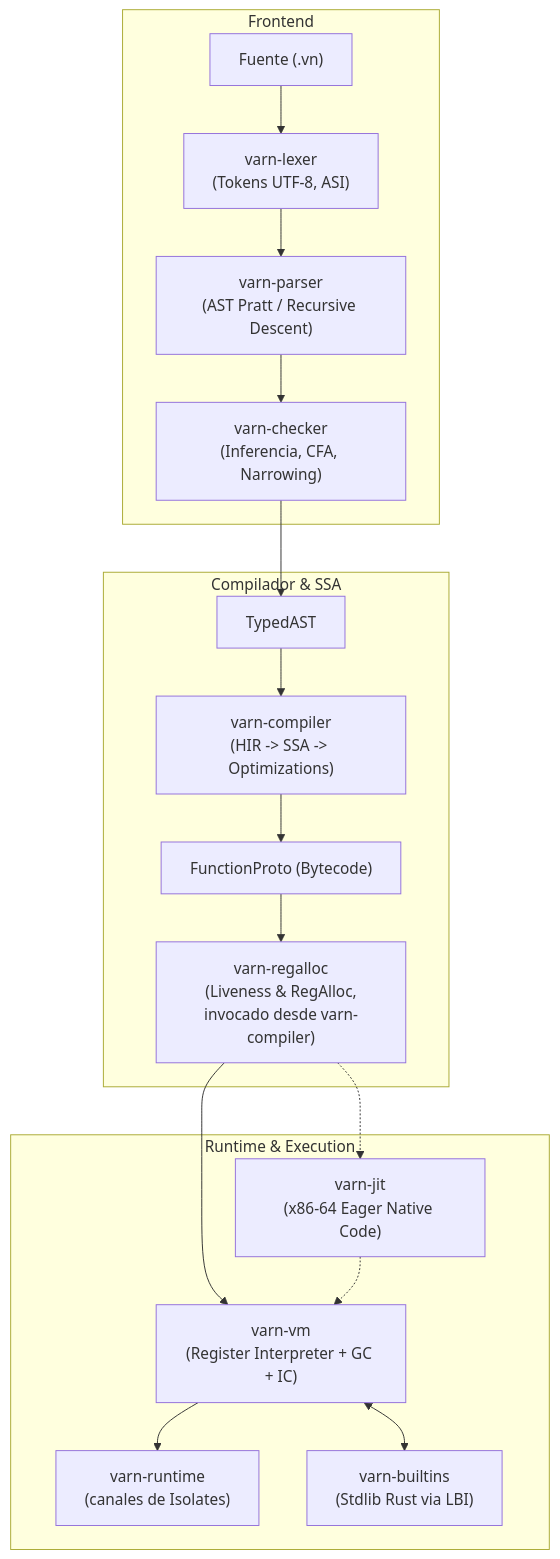
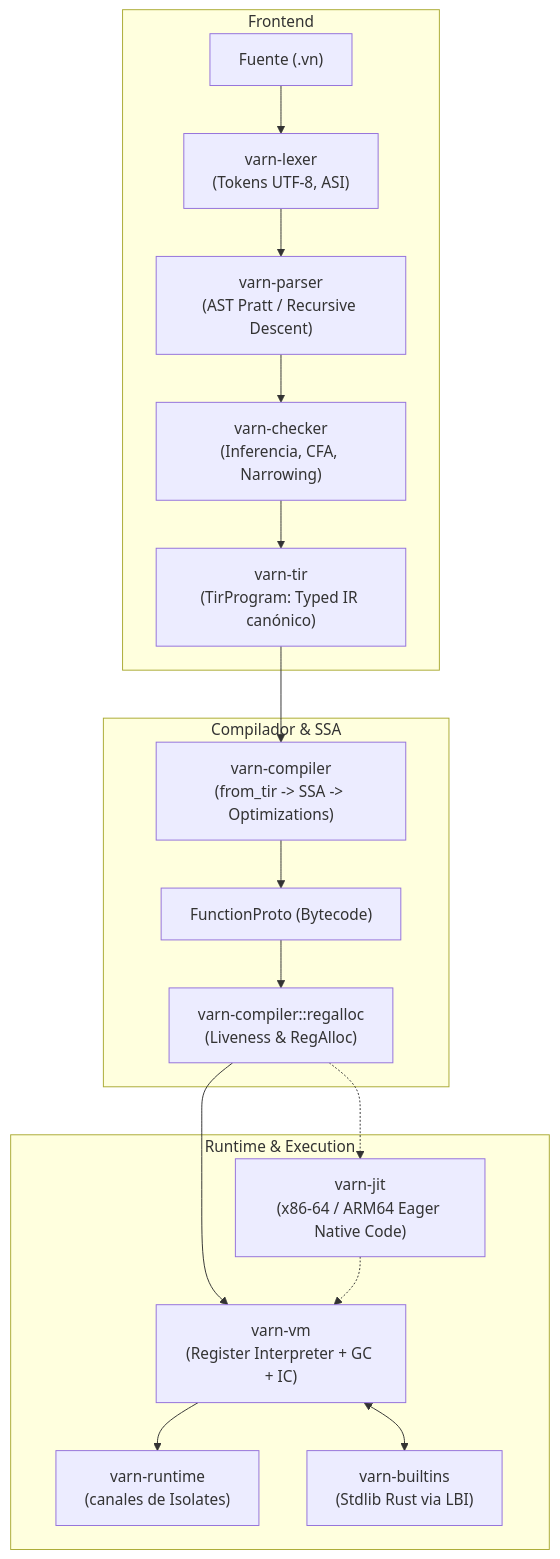
One commit to carlos-burelo/varn changed the first of 4 diagrams in docs/ARCHITECTURE.md. Above: the diagram before and after it, drawn with Mermaid. The commit also changed other lines of this file and 10 other files, not shown here.

Commit message:
docs: update architecture, TIR pipeline, 128-bit VmValue layout, and canonical types

````diff
--- a/docs/ARCHITECTURE.md
+++ b/docs/ARCHITECTURE.md
@@ -26,23 +26,23 @@
 ```mermaid
 flowchart TD
     subgraph Frontend
         A["Fuente (.vn)"] --> B["varn-lexer\n(Tokens UTF-8, ASI)"]
         B --> C["varn-parser\n(AST Pratt / Recursive Descent)"]
         C --> D["varn-checker\n(Inferencia, CFA, Narrowing)"]
+        D --> E["varn-tir\n(TirProgram: Typed IR canónico)"]
     end
 
     subgraph Optimization ["Compilador & SSA"]
-        D --> E["TypedAST"]
-        E --> F["varn-compiler\n(HIR -> SSA -> Optimizations)"]
+        E --> F["varn-compiler\n(from_tir -> SSA -> Optimizations)"]
         F --> G["FunctionProto (Bytecode)"]
-        G --> H["varn-regalloc\n(Liveness & RegAlloc,\ninvocado desde varn-compiler)"]
+        G --> H["varn-compiler::regalloc\n(Liveness & RegAlloc)"]
     end
 
     subgraph Execution ["Runtime & Execution"]
         H --> I["varn-vm\n(Register Interpreter + GC + IC)"]
-        H -.-> J["varn-jit\n(x86-64 Eager Native Code)"]
+        H -.-> J["varn-jit\n(x86-64 / ARM64 Eager Native Code)"]
         J -.-> I
         I --> K["varn-runtime\n(canales de Isolates)"]
         I <--> L["varn-builtins\n(Stdlib Rust via LBI)"]
     end
 ```
````
